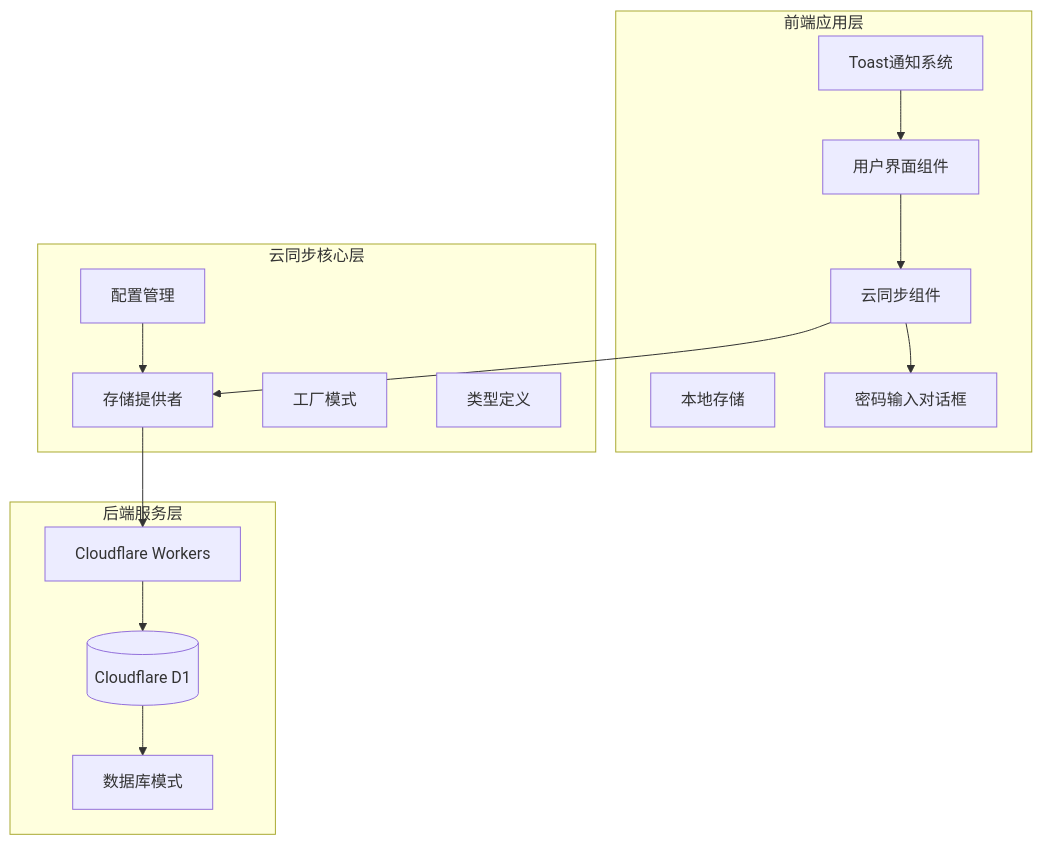
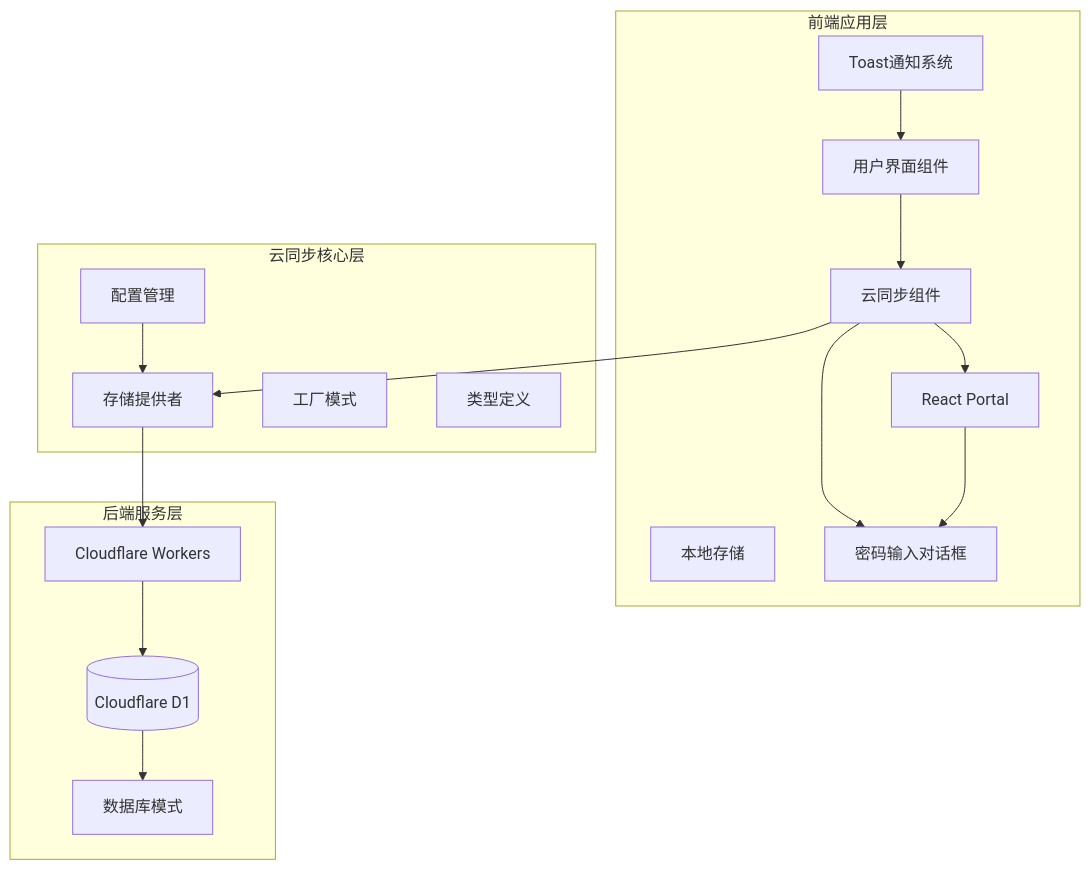
The first of 12 diagrams in .qoder/repowiki/zh/content/用户指南/数据管理/云同步集成.md (steveyu2/formula-mapper), drawn with Mermaid before and after one commit. The commit also changed other lines of this file and 12 other files, not shown here.

````diff
--- a/.qoder/repowiki/zh/content/用户指南/数据管理/云同步集成.md
+++ b/.qoder/repowiki/zh/content/用户指南/数据管理/云同步集成.md
@@ -98,29 +106,32 @@
 ```mermaid
 graph TB
 subgraph "前端应用层"
 UI[用户界面组件]
 Sync[云同步组件]
 Storage[本地存储]
 Toast[Toast通知系统]
 PasswordDialog[密码输入对话框]
+Portal[React Portal]
 end
 subgraph "云同步核心层"
 Provider[存储提供者]
 Factory[工厂模式]
 Types[类型定义]
 Config[配置管理]
 end
 subgraph "后端服务层"
 Worker[Cloudflare Workers]
 D1[(Cloudflare D1)]
 Schema[数据库模式]
 end
 UI --> Sync
 Sync --> PasswordDialog
+Sync --> Portal
+Portal --> PasswordDialog
 Sync --> Provider
 Provider --> Worker
 Worker --> D1
 D1 --> Schema
 Toast --> UI
 Config --> Provider
 ```
````
